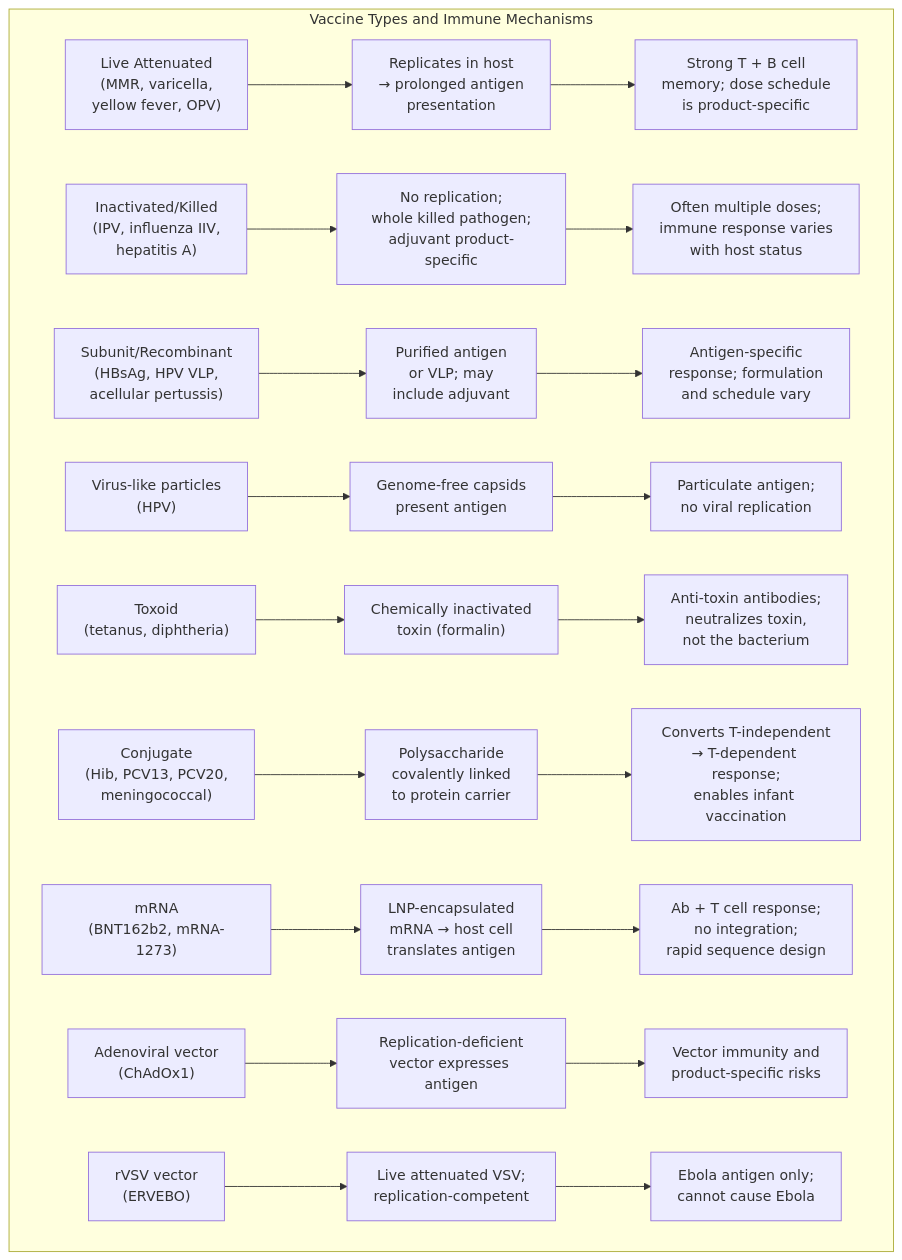
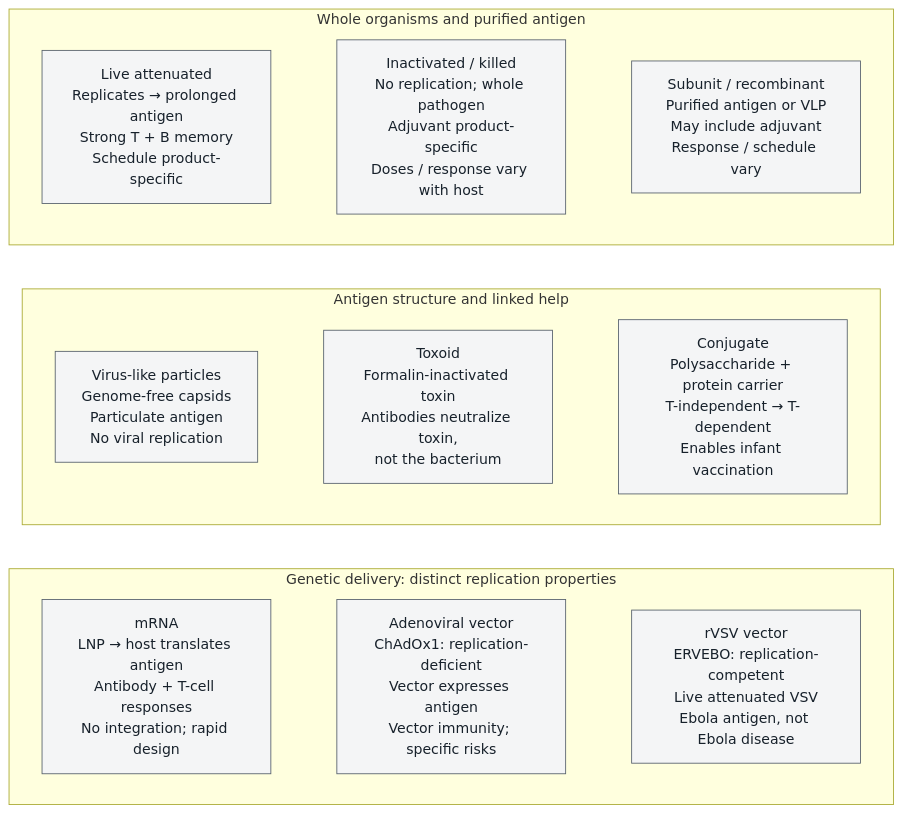
Before and after one commit to docxology/biology_textbook: the fourth of 6 diagrams in docs/manuscript/unit_VII/host_immunity_and_vaccines.md, drawn with Mermaid. The commit also changed other lines of this file and 41 other files, not shown here.

````diff
--- a/docs/manuscript/unit_VII/host_immunity_and_vaccines.md
+++ b/docs/manuscript/unit_VII/host_immunity_and_vaccines.md
@@ -507,30 +499,30 @@
 ```mermaid
+---
+config:
+  layout: dagre
+---
 flowchart TB
-    subgraph "Vaccine Types and Immune Mechanisms"
-        A["Live Attenuated\n(MMR, varicella,\nyellow fever, OPV)"] --> M1["Replicates in host\n→ prolonged antigen\npresentation"]
-        M1 --> R1["Strong T + B cell\nmemory; dose schedule\nis product-specific"]
-
-        B["Inactivated/Killed\n(IPV, influenza IIV,\nhepatitis A)"] --> M2["No replication;\nwhole killed pathogen;\nadjuvant product-specific"]
-        M2 --> R2["Often multiple doses;\nimmune response varies\nwith host status"]
-
-        C["Subunit/Recombinant\n(HBsAg, HPV VLP,\nacellular pertussis)"] --> M3["Purified antigen\nor VLP; may\ninclude adjuvant"]
-        M3 --> R3["Antigen-specific\nresponse; formulation\nand schedule vary"]
-
-        V["Virus-like particles\n(HPV)"] --> MV["Genome-free capsids\npresent antigen"]
-        MV --> RV["Particulate antigen;\nno viral replication"]
-
-        D["Toxoid\n(tetanus, diphtheria)"] --> M4["Chemically inactivated\ntoxin (formalin)"]
-        M4 --> R4["Anti-toxin antibodies;\nneutralizes toxin,\nnot the bacterium"]
-
-        E["Conjugate\n(Hib, PCV13, PCV20,\nmeningococcal)"] --> M5["Polysaccharide\ncovalently linked\nto protein carrier"]
-        M5 --> R5["Converts T-independent\n→ T-dependent response;\nenables infant vaccination"]
-
-        F["mRNA\n(BNT162b2, mRNA-1273)"] --> M6["LNP-encapsulated\nmRNA → host cell\ntranslates antigen"]
-        M6 --> R6["Ab + T cell response;\nno integration;\nrapid sequence design"]
-
-        G["Adenoviral vector\n(ChAdOx1)"] --> M7["Replication-deficient\nvector expresses antigen"]
-        M7 --> R7["Vector immunity and\nproduct-specific risks"]
-        H["rVSV vector\n(ERVEBO)"] --> M8["Live attenuated VSV;\nreplication-competent"]
-        M8 --> R8["Ebola antigen only;\ncannot cause Ebola"]
+    subgraph ROW1["Whole organisms and purified antigen"]
+        direction LR
+        A["Live attenuated<br/>Replicates → prolonged antigen<br/>Strong T + B memory<br/>Schedule product-specific"]
+        B["Inactivated / killed<br/>No replication; whole pathogen<br/>Adjuvant product-specific<br/>Doses / response vary with host"]
+        C["Subunit / recombinant<br/>Purified antigen or VLP<br/>May include adjuvant<br/>Response / schedule vary"]
+        A ~~~ B ~~~ C
     end
+    subgraph ROW2["Antigen structure and linked help"]
+        direction LR
+        V["Virus-like particles<br/>Genome-free capsids<br/>Particulate antigen<br/>No viral replication"]
+        D["Toxoid<br/>Formalin-inactivated toxin<br/>Antibodies neutralize toxin,<br/>not the bacterium"]
+        E["Conjugate<br/>Polysaccharide + protein carrier<br/>T-independent → T-dependent<br/>Enables infant vaccination"]
+        V ~~~ D ~~~ E
+    end
+    subgraph ROW3["Genetic delivery: distinct replication properties"]
+        direction LR
+        F["mRNA<br/>LNP → host translates antigen<br/>Antibody + T-cell responses<br/>No integration; rapid design"]
+        G["Adenoviral vector<br/>ChAdOx1: replication-deficient<br/>Vector expresses antigen<br/>Vector immunity; specific risks"]
+        H["rVSV vector<br/>ERVEBO: replication-competent<br/>Live attenuated VSV<br/>Ebola antigen, not Ebola disease"]
+        F ~~~ G ~~~ H
+    end
+    ROW1 ~~~ ROW2 ~~~ ROW3
+    classDef default fill:#f4f5f6,stroke:#59636e,color:#17212b
 ```
````
